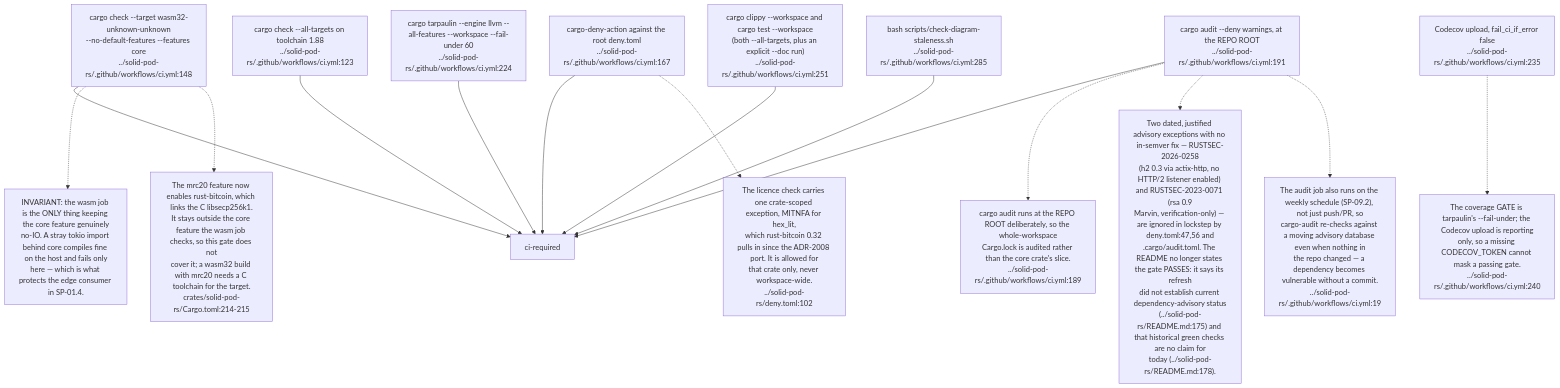
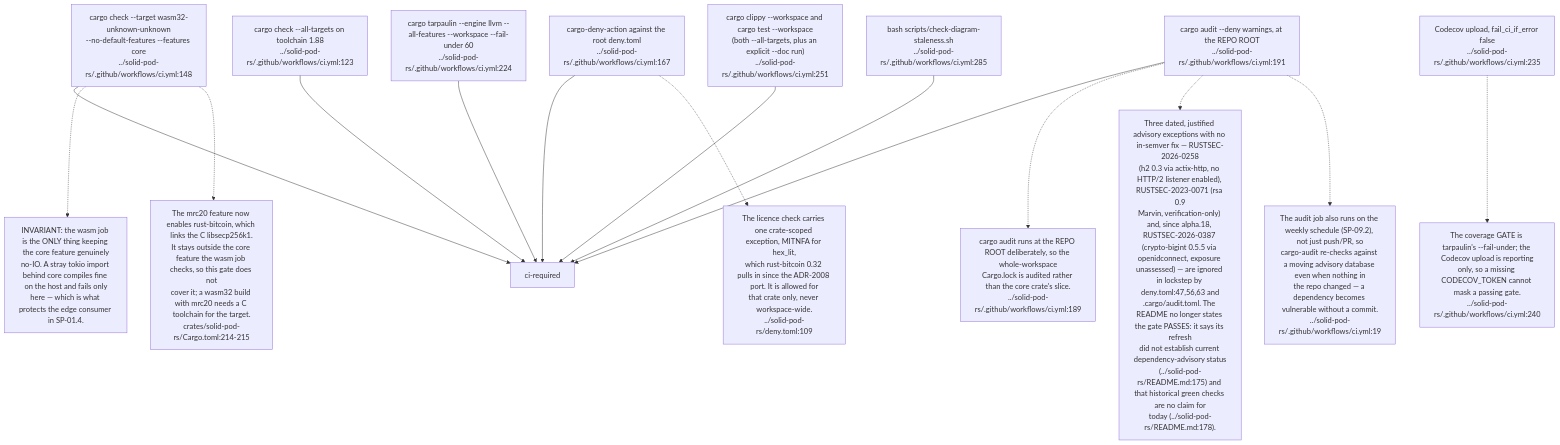
Before and after one commit to DreamLab-AI/VisionFlow: the third of 9 diagrams in docs/diagrams/solid-pod-rs/09-ci-release-and-consumer-pins.md, drawn with Mermaid. The commit also changed other lines of this file and 142 other files, not shown here.

First line of the commit message:
docs(diagrams): one System One route; re-verify 140 topics at today's heads

````diff
--- a/docs/diagrams/solid-pod-rs/09-ci-release-and-consumer-pins.md
+++ b/docs/diagrams/solid-pod-rs/09-ci-release-and-consumer-pins.md
@@ -105,34 +107,34 @@
 ```mermaid
 flowchart TD
     MSRV["cargo check --all-targets on toolchain 1.88<br/>../solid-pod-rs/.github/workflows/ci.yml:123"]
     WASM["cargo check --target wasm32-unknown-unknown<br/>--no-default-features --features core<br/>../solid-pod-rs/.github/workflows/ci.yml:148"]
     DENY["cargo-deny-action against the root deny.toml<br/>../solid-pod-rs/.github/workflows/ci.yml:167"]
     AUD["cargo audit --deny warnings, at the REPO ROOT<br/>../solid-pod-rs/.github/workflows/ci.yml:191"]
     COV["cargo tarpaulin --engine llvm --all-features --workspace --fail-under 60<br/>../solid-pod-rs/.github/workflows/ci.yml:224"]
     CC["Codecov upload, fail_ci_if_error false<br/>../solid-pod-rs/.github/workflows/ci.yml:235"]
     WSJ["cargo clippy --workspace and cargo test --workspace<br/>(both --all-targets, plus an explicit --doc run)<br/>../solid-pod-rs/.github/workflows/ci.yml:251"]
     DIA["bash scripts/check-diagram-staleness.sh<br/>../solid-pod-rs/.github/workflows/ci.yml:285"]
 
     MSRV --> GATE["ci-required"]
     WASM --> GATE
     DENY --> GATE
     AUD --> GATE
     COV --> GATE
     WSJ --> GATE
     DIA --> GATE
 
     N["INVARIANT: the wasm job is the ONLY thing keeping the core feature genuinely<br/>no-IO. A stray tokio import behind core compiles fine on the host and fails only<br/>here — which is what protects the edge consumer in SP-01.4."]
     WASM -.-> N
     N2["cargo audit runs at the REPO ROOT deliberately, so the whole-workspace<br/>Cargo.lock is audited rather than the core crate's slice.<br/>../solid-pod-rs/.github/workflows/ci.yml:189"]
     AUD -.-> N2
     N3["The coverage GATE is tarpaulin's --fail-under; the Codecov upload is reporting<br/>only, so a missing CODECOV_TOKEN cannot mask a passing gate.<br/>../solid-pod-rs/.github/workflows/ci.yml:240"]
     CC -.-> N3
-    N4["Two dated, justified advisory exceptions with no in-semver fix — RUSTSEC-2026-0258<br/>(h2 0.3 via actix-http, no HTTP/2 listener enabled) and RUSTSEC-2023-0071 (rsa 0.9<br/>Marvin, verification-only) — are ignored in lockstep by deny.toml:47,56 and<br/>.cargo/audit.toml. The README no longer states the gate PASSES: it says its refresh<br/>did not establish current dependency-advisory status<br/>(../solid-pod-rs/README.md:175) and that historical green checks are no claim for<br/>today (../solid-pod-rs/README.md:178)."]
+    N4["Three dated, justified advisory exceptions with no in-semver fix — RUSTSEC-2026-0258<br/>(h2 0.3 via actix-http, no HTTP/2 listener enabled), RUSTSEC-2023-0071 (rsa 0.9<br/>Marvin, verification-only) and, since alpha.18, RUSTSEC-2026-0387 (crypto-bigint 0.5.5 via openidconnect, exposure unassessed) — are ignored in lockstep by deny.toml:47,56,63 and<br/>.cargo/audit.toml. The README no longer states the gate PASSES: it says its refresh<br/>did not establish current dependency-advisory status<br/>(../solid-pod-rs/README.md:175) and that historical green checks are no claim for<br/>today (../solid-pod-rs/README.md:178)."]
     AUD -.-> N4
     N5["The audit job also runs on the weekly schedule (SP-09.2), not just push/PR, so<br/>cargo-audit re-checks against a moving advisory database even when nothing in<br/>the repo changed — a dependency becomes vulnerable without a commit.<br/>../solid-pod-rs/.github/workflows/ci.yml:19"]
     AUD -.-> N5
-    N6["The licence check carries one crate-scoped exception, MITNFA for hex_lit,<br/>which rust-bitcoin 0.32 pulls in since the ADR-2008 port. It is allowed for<br/>that crate only, never workspace-wide.<br/>../solid-pod-rs/deny.toml:102"]
+    N6["The licence check carries one crate-scoped exception, MITNFA for hex_lit,<br/>which rust-bitcoin 0.32 pulls in since the ADR-2008 port. It is allowed for<br/>that crate only, never workspace-wide.<br/>../solid-pod-rs/deny.toml:109"]
     DENY -.-> N6
     N7["The mrc20 feature now enables rust-bitcoin, which links the C libsecp256k1.<br/>It stays outside the core feature the wasm job checks, so this gate does not<br/>cover it; a wasm32 build with mrc20 needs a C toolchain for the target.<br/>crates/solid-pod-rs/Cargo.toml:214-215"]
     WASM -.-> N7
 ```
````
